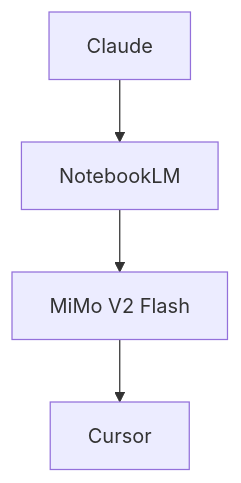
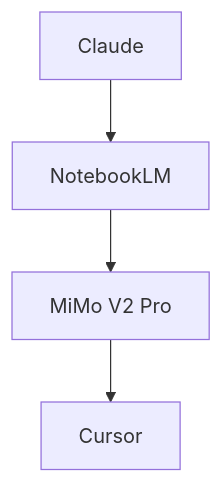
The diagram in myworkflow/workflow.md (DynamicKarabo/DynamicKarabo), drawn with Mermaid before and after one commit. The commit also changed other lines of this file, not shown here.

First line of the commit message:
Rename MiMo V2 Flash to MiMo V2 Pro

````diff
--- a/myworkflow/workflow.md
+++ b/myworkflow/workflow.md
@@ -28,6 +28,6 @@
 ```mermaid
 flowchart TD
   A[Claude] --> B[NotebookLM]
-  B --> C[MiMo V2 Flash]
+  B --> C[MiMo V2 Pro]
   C --> D[Cursor]
 ```
````
